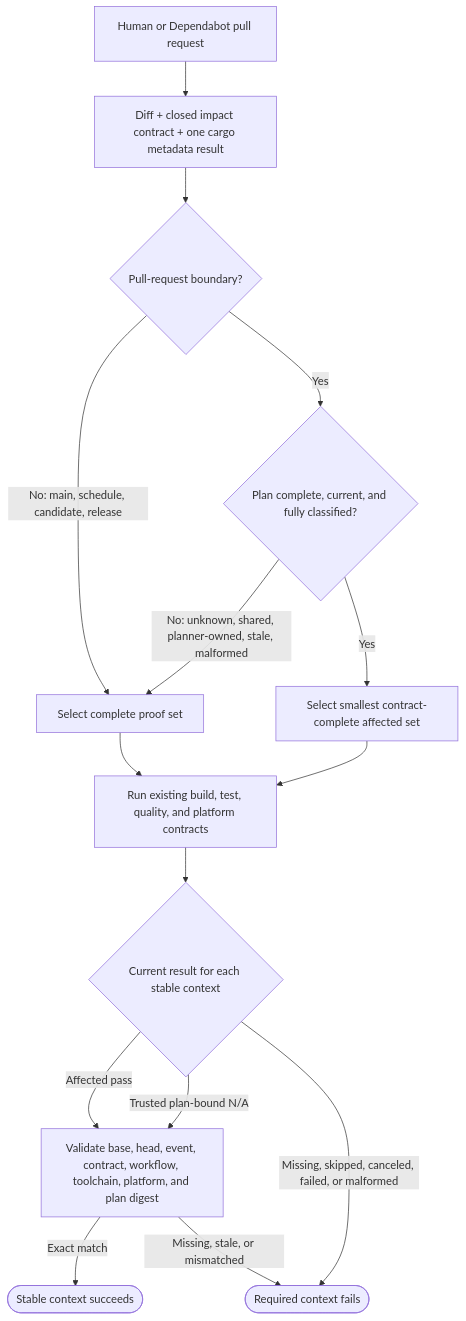
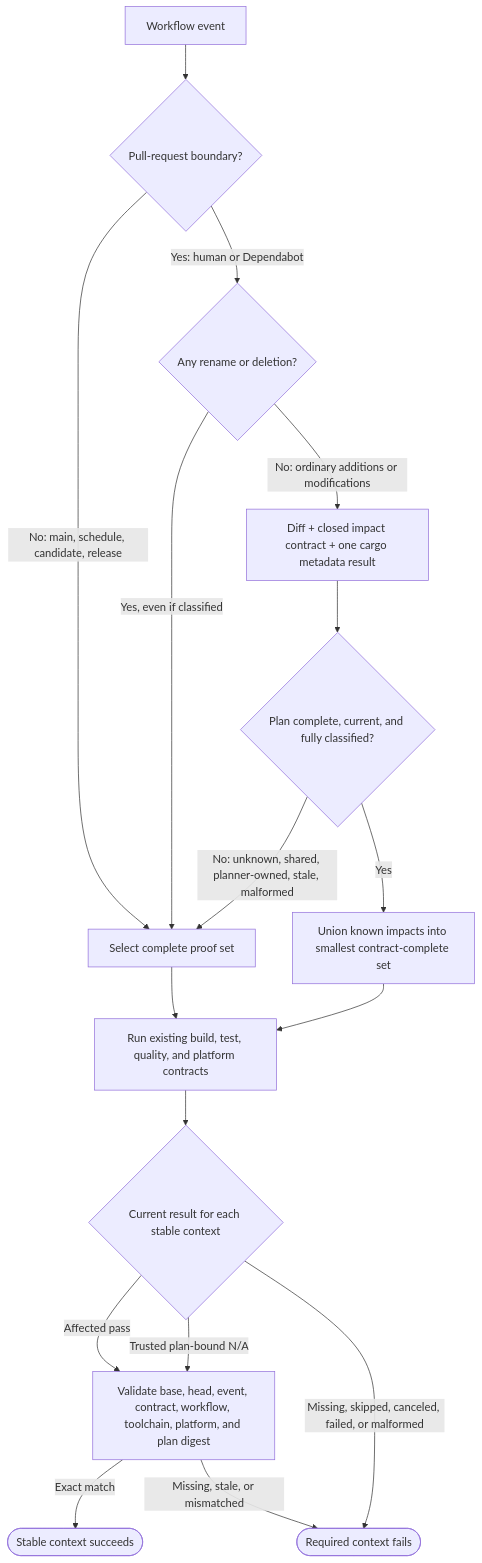
Before and after one commit to styler-ai/ProjectAtlas: diagram 25 of 29 in docs/v050-release-architecture.md, drawn with Mermaid. The commit also changed other lines of this file and 12 other files, not shown here.

````diff
--- a/docs/v050-release-architecture.md
+++ b/docs/v050-release-architecture.md
@@ -361,17 +361,19 @@
 ```mermaid
 flowchart TB
-    Event[Human or Dependabot pull request] --> Inputs[Diff + closed impact contract + one cargo metadata result]
-    Inputs --> EventClass{Pull-request boundary?}
+    Event[Workflow event] --> EventClass{Pull-request boundary?}
     EventClass -- No: main, schedule, candidate, release --> Full[Select complete proof set]
-    EventClass -- Yes --> Trusted{Plan complete, current, and fully classified?}
+    EventClass -- Yes: human or Dependabot --> ChangeKind{Any rename or deletion?}
+    ChangeKind -- Yes, even if classified --> Full
+    ChangeKind -- No: ordinary additions or modifications --> Inputs[Diff + closed impact contract + one cargo metadata result]
+    Inputs --> Trusted{Plan complete, current, and fully classified?}
     Trusted -- No: unknown, shared, planner-owned, stale, malformed --> Full
-    Trusted -- Yes --> Affected[Select smallest contract-complete affected set]
+    Trusted -- Yes --> Affected[Union known impacts into smallest contract-complete set]
     Full --> Jobs[Run existing build, test, quality, and platform contracts]
     Affected --> Jobs
     Jobs --> Result{Current result for each stable context}
     Result -- Affected pass --> Bind[Validate base, head, event, contract, workflow, toolchain, platform, and plan digest]
     Result -- Trusted plan-bound N/A --> Bind
     Result -- Missing, skipped, canceled, failed, or malformed --> Fail([Required context fails])
     Bind -- Exact match --> Pass([Stable context succeeds])
     Bind -- Missing, stale, or mismatched --> Fail
 ```
````
